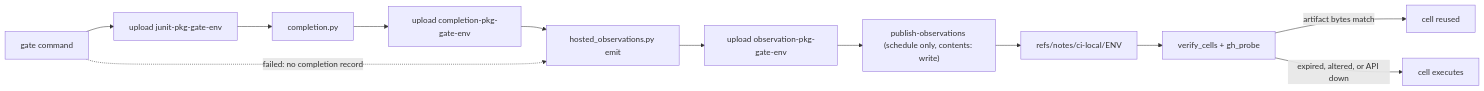
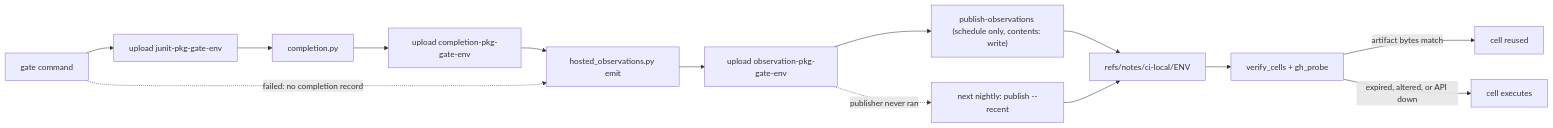
Before and after one commit to yankeeinlondon/rusty-biscuit: the third of 6 diagrams in docs/topics/ci-cd.md, drawn with Mermaid. The commit also changed other lines of this file and 6 other files, not shown here.

````diff
--- a/docs/topics/ci-cd.md
+++ b/docs/topics/ci-cd.md
@@ -319,14 +379,16 @@
 ```mermaid
 flowchart LR
     gate[gate command] --> junit[upload junit-pkg-gate-env]
     junit --> cert[completion.py]
     cert --> comp[upload completion-pkg-gate-env]
     comp --> emit["hosted_observations.py emit"]
     gate -. "failed: no completion record" .-> emit
     emit --> obs[upload observation-pkg-gate-env]
     obs --> pub["publish-observations (schedule only, contents: write)"]
     pub --> notes["refs/notes/ci-local/ENV"]
+    obs -. "publisher never ran" .-> recover["next nightly: publish --recent"]
+    recover --> notes
     notes --> verify["verify_cells + gh_probe"]
     verify -->|"artifact bytes match"| reuse[cell reused]
     verify -->|"expired, altered, or API down"| run[cell executes]
 ```
````
